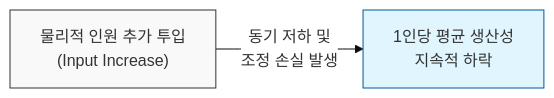
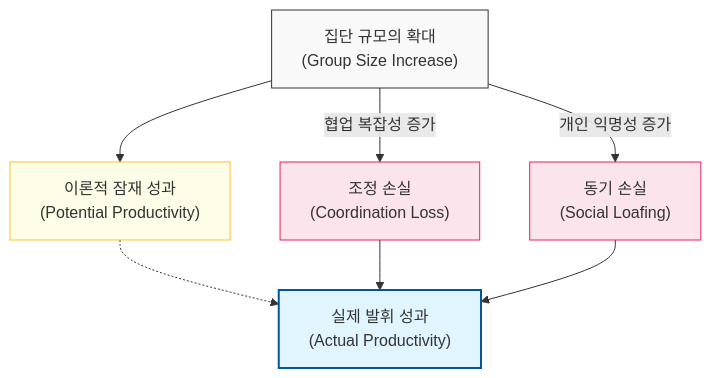
The second of 2 diagrams in docs/laws/ringelmann-effect.md (jeonck/ai-sw-engineering), drawn with Mermaid before and after one commit. The commit also changed other lines of this file and 29 other files, not shown here.

````diff
--- a/docs/laws/ringelmann-effect.md
+++ b/docs/laws/ringelmann-effect.md
@@ -29,7 +30,17 @@
 ```mermaid
-%%{init: { 'theme': 'base', 'themeVariables': { 'edgeLabelBackground': '#fff' }}}%%
-flowchart LR
-    A2["물리적 인원 추가 투입\n(Input Increase)"] -- "동기 저하 및\n조정 손실 발생" --> B2["1인당 평균 생산성\n지속적 하락"]
-    style A2 fill:#f9f9f9,stroke:#333,stroke-width:1px
-    style B2 fill:#e1f5fe,stroke:#01579b,stroke-width:1px
+graph TD
+    Scale["집단 규모의 확대\n(Group Size Increase)"] --> Potential["이론적 잠재 성과\n(Potential Productivity)"]
+    
+    Scale -- "협업 복잡성 증가" --> Coord["조정 손실\n(Coordination Loss)"]
+    Scale -- "개인 익명성 증가" --> Motiv["동기 손실\n(Social Loafing)"]
+    
+    Potential -.-> Actual["실제 발휘 성과\n(Actual Productivity)"]
+    Coord --> Actual
+    Motiv --> Actual
+    
+    style Scale fill:#f9f9f9,stroke:#333,stroke-width:1px
+    style Potential fill:#fffde7,stroke:#fbc02d,stroke-width:1px
+    style Coord fill:#fce4ec,stroke:#e91e63,stroke-width:1px
+    style Motiv fill:#fce4ec,stroke:#e91e63,stroke-width:1px
+    style Actual fill:#e1f5fe,stroke:#01579b,stroke-width:2px
 ```
````
